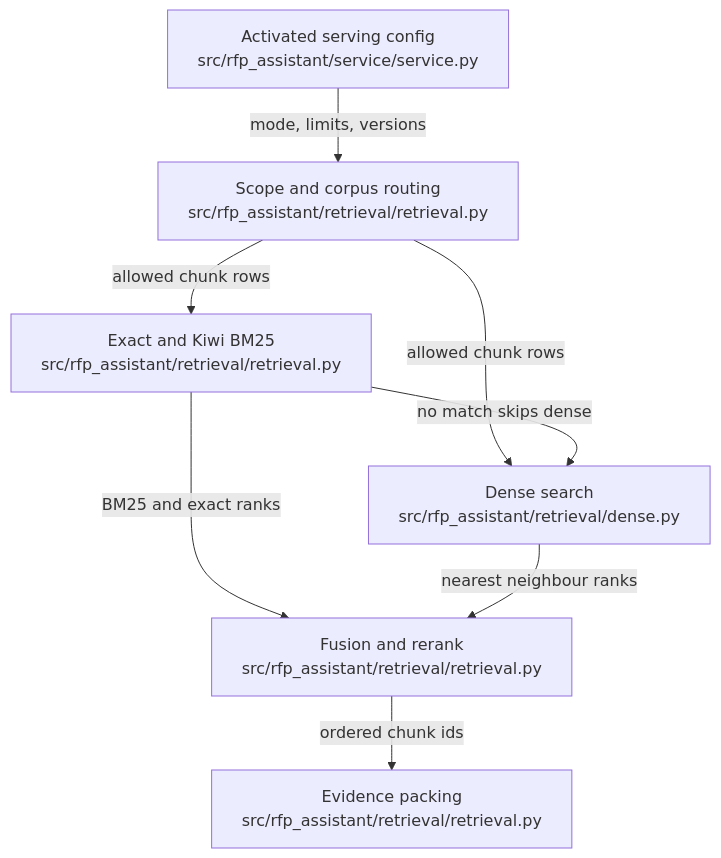
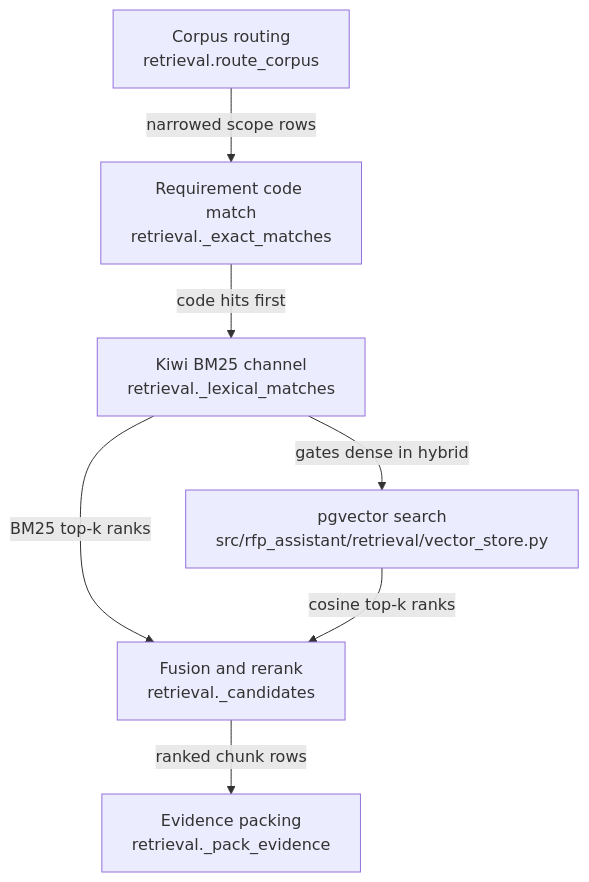
Before and after one commit to littleeeeebit/project-codeit-mid: the diagram in .omm/overall-architecture/retrieval-engine/diagram.mmd, drawn with Mermaid. The commit also changed 367 other files, not shown here.

```diff
--- a/.omm/overall-architecture/retrieval-engine/diagram.mmd
+++ b/.omm/overall-architecture/retrieval-engine/diagram.mmd
@@ -1,14 +1,7 @@
 graph TD
-  active-serving["Activated serving config\nsrc/rfp_assistant/service/service.py"]
-  scope-routing["Scope and corpus routing\nsrc/rfp_assistant/retrieval/retrieval.py"]
-  lexical-channel["Exact and Kiwi BM25\nsrc/rfp_assistant/retrieval/retrieval.py"]
-  dense-channel["Dense search\nsrc/rfp_assistant/retrieval/dense.py"]
-  fusion-rerank["Fusion and rerank\nsrc/rfp_assistant/retrieval/retrieval.py"]
-  evidence-packing["Evidence packing\nsrc/rfp_assistant/retrieval/retrieval.py"]
-  active-serving -->|mode, limits, versions| scope-routing
-  scope-routing -->|allowed chunk rows| lexical-channel
-  scope-routing -->|allowed chunk rows| dense-channel
-  lexical-channel -->|no match skips dense| dense-channel
-  lexical-channel -->|BM25 and exact ranks| fusion-rerank
-  dense-channel -->|nearest neighbour ranks| fusion-rerank
-  fusion-rerank -->|ordered chunk ids| evidence-packing
+  corpus-routing["Corpus routing\nretrieval.route_corpus"] -->|"narrowed scope rows"| exact-codes["Requirement code match\nretrieval._exact_matches"]
+  exact-codes -->|"code hits first"| lexical-bm25["Kiwi BM25 channel\nretrieval._lexical_matches"]
+  lexical-bm25 -->|"gates dense in hybrid"| dense-search["pgvector search\nsrc/rfp_assistant/retrieval/vector_store.py"]
+  lexical-bm25 -->|"BM25 top-k ranks"| fusion-rerank["Fusion and rerank\nretrieval._candidates"]
+  dense-search -->|"cosine top-k ranks"| fusion-rerank
+  fusion-rerank -->|"ranked chunk rows"| evidence-packing["Evidence packing\nretrieval._pack_evidence"]
```
